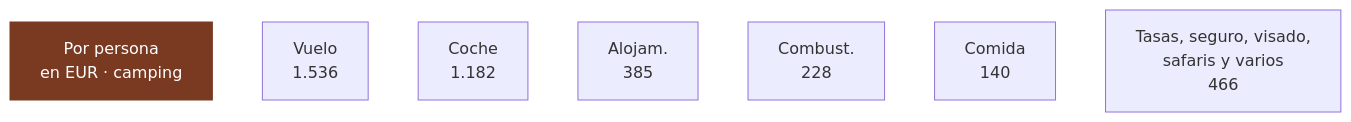
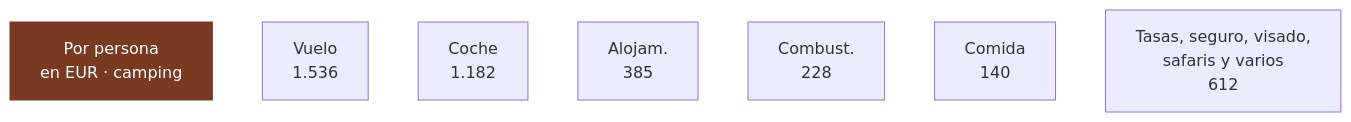
Before and after one commit to morandeirachema/namibia: the seventh of 8 diagrams in 02-presupuesto.md, drawn with Mermaid. The commit also changed other lines of this file and 13 other files, not shown here.

````diff
--- a/02-presupuesto.md
+++ b/02-presupuesto.md
@@ -645,17 +656,17 @@
 ```mermaid
 flowchart LR
     T["Por persona<br/>en EUR · camping"]
     n0["Vuelo<br/>1.536"]
     n1["Coche<br/>1.182"]
     n2["Alojam.<br/>385"]
     n3["Combust.<br/>228"]
     n4["Comida<br/>140"]
-    n5["Tasas, seguro, visado,<br/>safaris y varios<br/>466"]
+    n5["Tasas, seguro, visado,<br/>safaris y varios<br/>612"]
     T ~~~ n0
     n0 ~~~ n1
     n1 ~~~ n2
     n2 ~~~ n3
     n3 ~~~ n4
     n4 ~~~ n5
     style T fill:#7a3a22,color:#fff,stroke:#7a3a22
 ```
````
